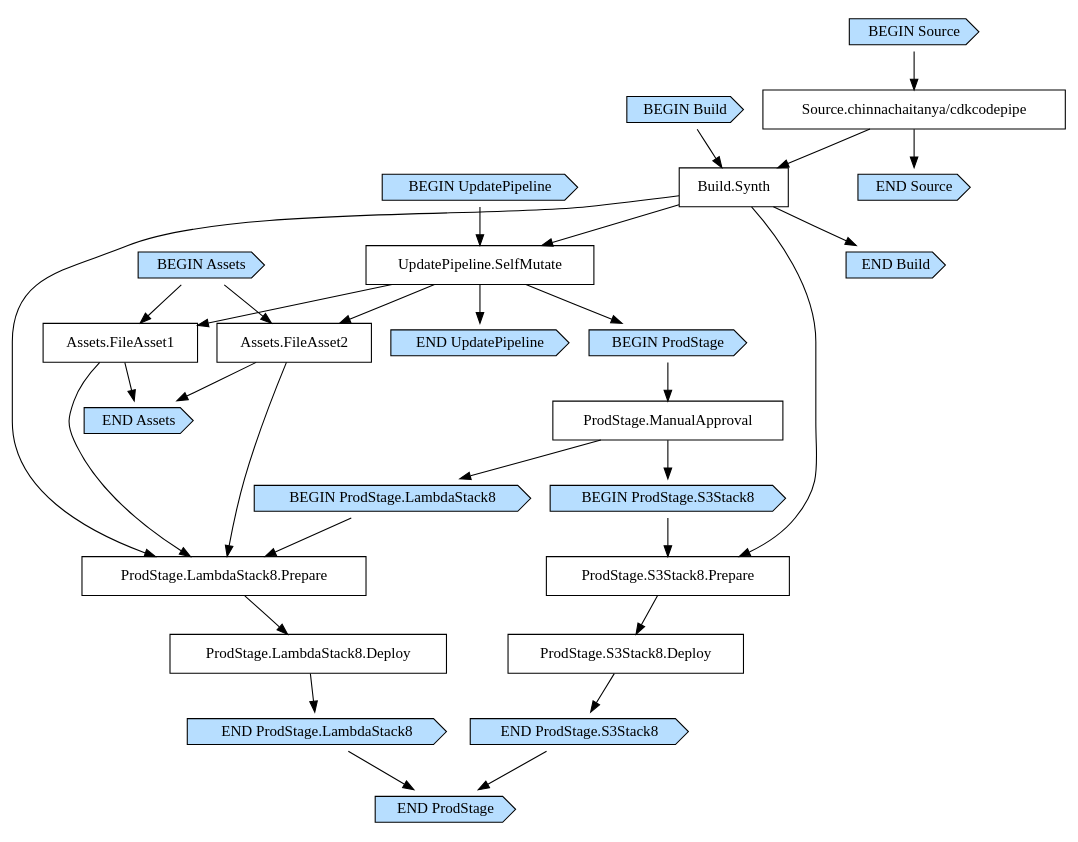
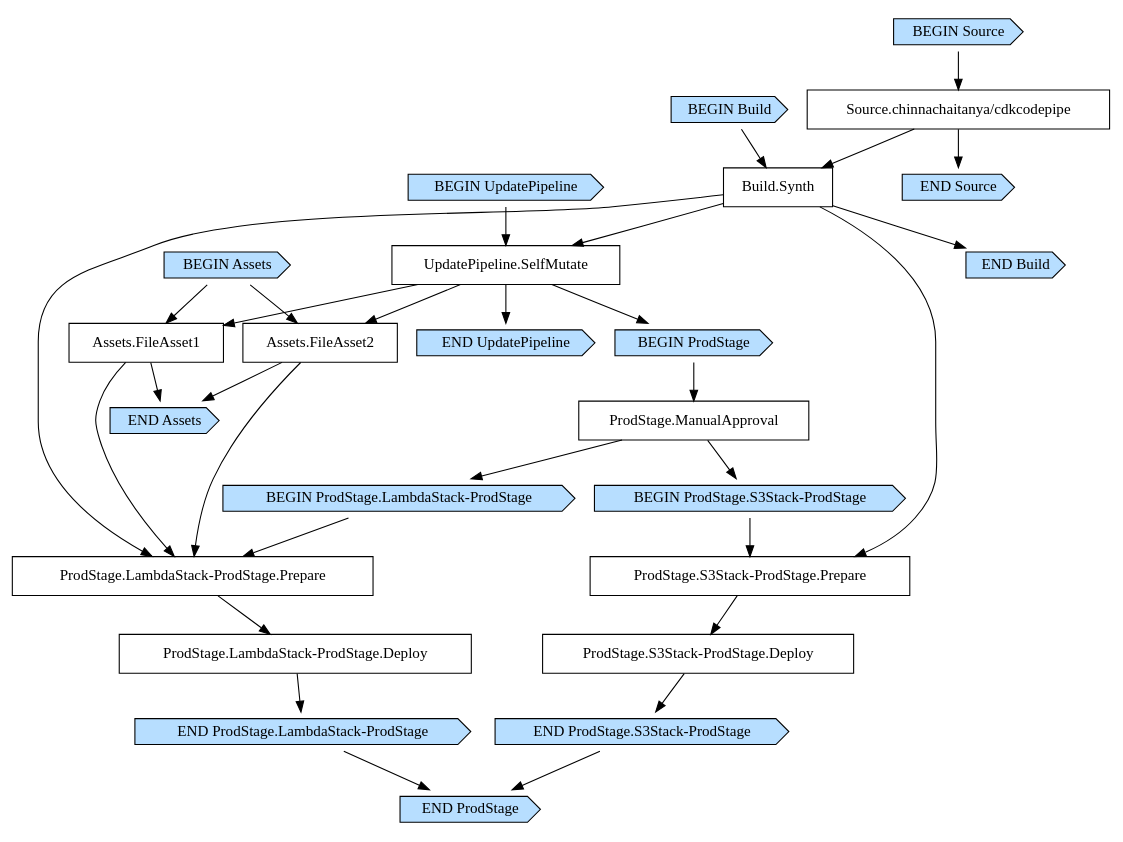
Before and after one commit to chinnachaitanya/cdkcodepipe: the diagram in cdk.out/CodepipelineappStack8testPipeline82E89563E.dot, drawn with Graphviz. The commit also changed 58 other files, not shown here.

```diff
--- a/cdk.out/CodepipelineappStack8testPipeline82E89563E.dot
+++ b/cdk.out/CodepipelineappStack8testPipeline82E89563E.dot
@@ -1,61 +1,61 @@
 digraph G {
   # Arrows represent an "unlocks" relationship (opposite of dependency). So chosen
   # because the layout looks more natural that way.
   # To represent subgraph dependencies, subgraphs are represented by BEGIN/END nodes.
   # To render: `dot -Tsvg CodepipelineappStack8testPipeline82E89563E.dot > graph.svg`, open in a browser.
   node [shape="box"];
 "BEGIN Build" [shape="cds", style="filled", fillcolor="#b7deff"];
 "END Build" [shape="cds", style="filled", fillcolor="#b7deff"];
 "Build.Synth";
 "Source.chinnachaitanya/cdkcodepipe" -> "Build.Synth";
 "BEGIN Build" -> "Build.Synth";
 "Build.Synth" -> "END Build";
 "BEGIN UpdatePipeline" [shape="cds", style="filled", fillcolor="#b7deff"];
 "END UpdatePipeline" [shape="cds", style="filled", fillcolor="#b7deff"];
 "UpdatePipeline.SelfMutate";
 "Build.Synth" -> "UpdatePipeline.SelfMutate";
 "BEGIN UpdatePipeline" -> "UpdatePipeline.SelfMutate";
 "UpdatePipeline.SelfMutate" -> "END UpdatePipeline";
 "BEGIN Assets" [shape="cds", style="filled", fillcolor="#b7deff"];
 "END Assets" [shape="cds", style="filled", fillcolor="#b7deff"];
 "Assets.FileAsset1";
 "UpdatePipeline.SelfMutate" -> "Assets.FileAsset1";
 "Assets.FileAsset2";
 "UpdatePipeline.SelfMutate" -> "Assets.FileAsset2";
 "BEGIN Assets" -> "Assets.FileAsset1";
 "BEGIN Assets" -> "Assets.FileAsset2";
 "Assets.FileAsset1" -> "END Assets";
 "Assets.FileAsset2" -> "END Assets";
 "BEGIN ProdStage" [shape="cds", style="filled", fillcolor="#b7deff"];
 "END ProdStage" [shape="cds", style="filled", fillcolor="#b7deff"];
 "UpdatePipeline.SelfMutate" -> "BEGIN ProdStage";
-"BEGIN ProdStage.LambdaStack8" [shape="cds", style="filled", fillcolor="#b7deff"];
-"END ProdStage.LambdaStack8" [shape="cds", style="filled", fillcolor="#b7deff"];
-"ProdStage.ManualApproval" -> "BEGIN ProdStage.LambdaStack8";
-"ProdStage.LambdaStack8.Deploy";
-"ProdStage.LambdaStack8.Prepare" -> "ProdStage.LambdaStack8.Deploy";
-"ProdStage.LambdaStack8.Prepare";
-"Build.Synth" -> "ProdStage.LambdaStack8.Prepare";
-"Assets.FileAsset1" -> "ProdStage.LambdaStack8.Prepare";
-"Assets.FileAsset2" -> "ProdStage.LambdaStack8.Prepare";
-"BEGIN ProdStage.LambdaStack8" -> "ProdStage.LambdaStack8.Prepare";
-"ProdStage.LambdaStack8.Deploy" -> "END ProdStage.LambdaStack8";
-"BEGIN ProdStage.S3Stack8" [shape="cds", style="filled", fillcolor="#b7deff"];
-"END ProdStage.S3Stack8" [shape="cds", style="filled", fillcolor="#b7deff"];
-"ProdStage.ManualApproval" -> "BEGIN ProdStage.S3Stack8";
-"ProdStage.S3Stack8.Deploy";
-"ProdStage.S3Stack8.Prepare" -> "ProdStage.S3Stack8.Deploy";
-"ProdStage.S3Stack8.Prepare";
-"Build.Synth" -> "ProdStage.S3Stack8.Prepare";
-"BEGIN ProdStage.S3Stack8" -> "ProdStage.S3Stack8.Prepare";
-"ProdStage.S3Stack8.Deploy" -> "END ProdStage.S3Stack8";
+"BEGIN ProdStage.LambdaStack-ProdStage" [shape="cds", style="filled", fillcolor="#b7deff"];
+"END ProdStage.LambdaStack-ProdStage" [shape="cds", style="filled", fillcolor="#b7deff"];
+"ProdStage.ManualApproval" -> "BEGIN ProdStage.LambdaStack-ProdStage";
+"ProdStage.LambdaStack-ProdStage.Deploy";
+"ProdStage.LambdaStack-ProdStage.Prepare" -> "ProdStage.LambdaStack-ProdStage.Deploy";
+"ProdStage.LambdaStack-ProdStage.Prepare";
+"Build.Synth" -> "ProdStage.LambdaStack-ProdStage.Prepare";
+"Assets.FileAsset1" -> "ProdStage.LambdaStack-ProdStage.Prepare";
+"Assets.FileAsset2" -> "ProdStage.LambdaStack-ProdStage.Prepare";
+"BEGIN ProdStage.LambdaStack-ProdStage" -> "ProdStage.LambdaStack-ProdStage.Prepare";
+"ProdStage.LambdaStack-ProdStage.Deploy" -> "END ProdStage.LambdaStack-ProdStage";
+"BEGIN ProdStage.S3Stack-ProdStage" [shape="cds", style="filled", fillcolor="#b7deff"];
+"END ProdStage.S3Stack-ProdStage" [shape="cds", style="filled", fillcolor="#b7deff"];
+"ProdStage.ManualApproval" -> "BEGIN ProdStage.S3Stack-ProdStage";
+"ProdStage.S3Stack-ProdStage.Deploy";
+"ProdStage.S3Stack-ProdStage.Prepare" -> "ProdStage.S3Stack-ProdStage.Deploy";
+"ProdStage.S3Stack-ProdStage.Prepare";
+"Build.Synth" -> "ProdStage.S3Stack-ProdStage.Prepare";
+"BEGIN ProdStage.S3Stack-ProdStage" -> "ProdStage.S3Stack-ProdStage.Prepare";
+"ProdStage.S3Stack-ProdStage.Deploy" -> "END ProdStage.S3Stack-ProdStage";
 "ProdStage.ManualApproval";
 "BEGIN ProdStage" -> "ProdStage.ManualApproval";
-"END ProdStage.LambdaStack8" -> "END ProdStage";
-"END ProdStage.S3Stack8" -> "END ProdStage";
+"END ProdStage.LambdaStack-ProdStage" -> "END ProdStage";
+"END ProdStage.S3Stack-ProdStage" -> "END ProdStage";
 "BEGIN Source" [shape="cds", style="filled", fillcolor="#b7deff"];
 "END Source" [shape="cds", style="filled", fillcolor="#b7deff"];
 "Source.chinnachaitanya/cdkcodepipe";
 "BEGIN Source" -> "Source.chinnachaitanya/cdkcodepipe";
 "Source.chinnachaitanya/cdkcodepipe" -> "END Source";
 }
```
